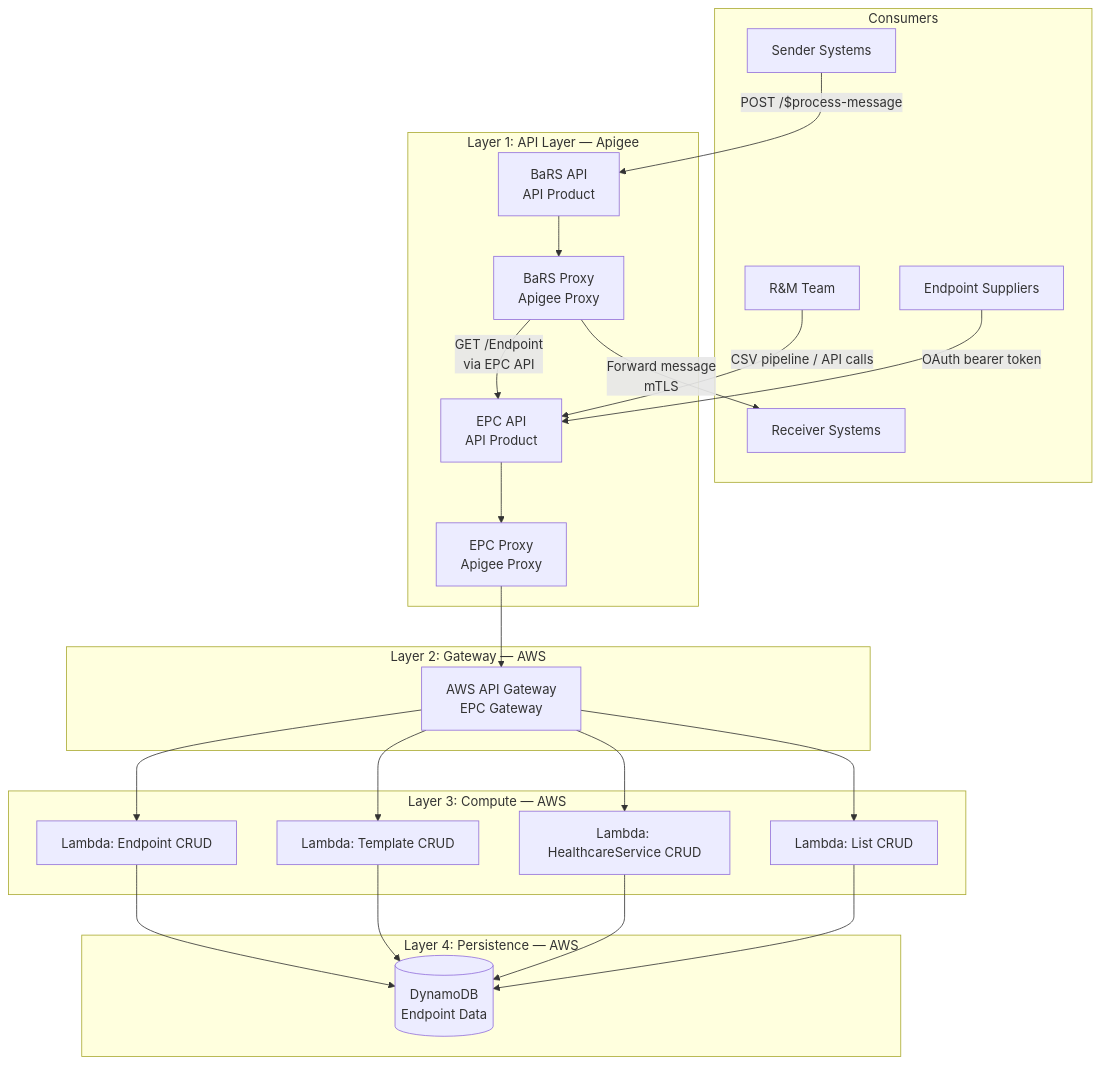
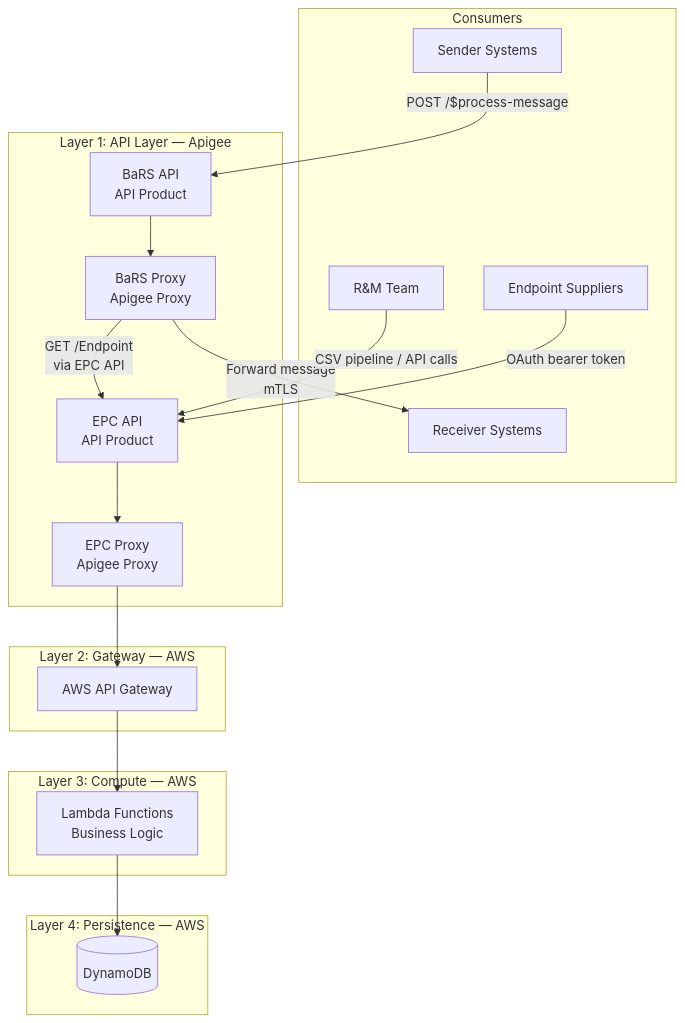
The first of 5 diagrams in Documents/architecture.md (RichardWardNHSD/epc-work), drawn with Mermaid before and after one commit. The commit also changed other lines of this file, not shown here.

````diff
--- a/Documents/architecture.md
+++ b/Documents/architecture.md
@@ -39,51 +51,41 @@
 ```mermaid
 graph TD
     subgraph Consumers
         SENDER[Sender Systems]
         RECEIVER[Receiver Systems]
         RM[R&M Team]
         SUPPLIER[Endpoint Suppliers]
     end
 
     subgraph "Layer 1: API Layer — Apigee"
         BARS_API[BaRS API<br/>API Product]
         BARS_PROXY[BaRS Proxy<br/>Apigee Proxy]
         EPC_API[EPC API<br/>API Product]
         EPC_PROXY[EPC Proxy<br/>Apigee Proxy]
     end
 
     subgraph "Layer 2: Gateway — AWS"
-        APIGW[AWS API Gateway<br/>EPC Gateway]
+        APIGW[AWS API Gateway]
     end
 
     subgraph "Layer 3: Compute — AWS"
-        LAMBDA_EP[Lambda: Endpoint CRUD]
-        LAMBDA_TPL[Lambda: Template CRUD]
-        LAMBDA_HCS[Lambda: HealthcareService CRUD]
-        LAMBDA_LIST[Lambda: List CRUD]
+        LAMBDA[Lambda Functions<br/>Business Logic]
     end
 
     subgraph "Layer 4: Persistence — AWS"
-        DDB[(DynamoDB<br/>Endpoint Data)]
+        DDB[(DynamoDB)]
     end
 
     SENDER -->|POST /$process-message| BARS_API
     BARS_API --> BARS_PROXY
     BARS_PROXY -->|GET /Endpoint<br/>via EPC API| EPC_API
     BARS_PROXY -->|Forward message<br/>mTLS| RECEIVER
 
     RM -->|CSV pipeline / API calls| EPC_API
     SUPPLIER -->|OAuth bearer token| EPC_API
     EPC_API --> EPC_PROXY
     EPC_PROXY --> APIGW
 
-    APIGW --> LAMBDA_EP
-    APIGW --> LAMBDA_TPL
-    APIGW --> LAMBDA_HCS
-    APIGW --> LAMBDA_LIST
-
-    LAMBDA_EP --> DDB
-    LAMBDA_TPL --> DDB
-    LAMBDA_HCS --> DDB
-    LAMBDA_LIST --> DDB
+    APIGW --> LAMBDA
+    LAMBDA --> DDB
 ```
````
